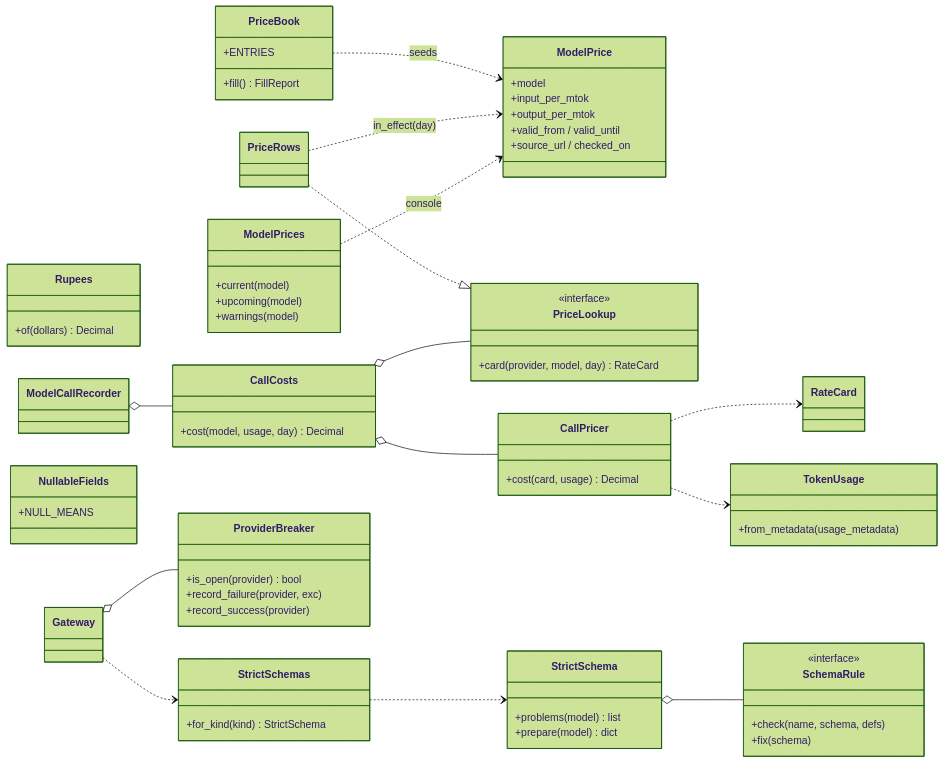
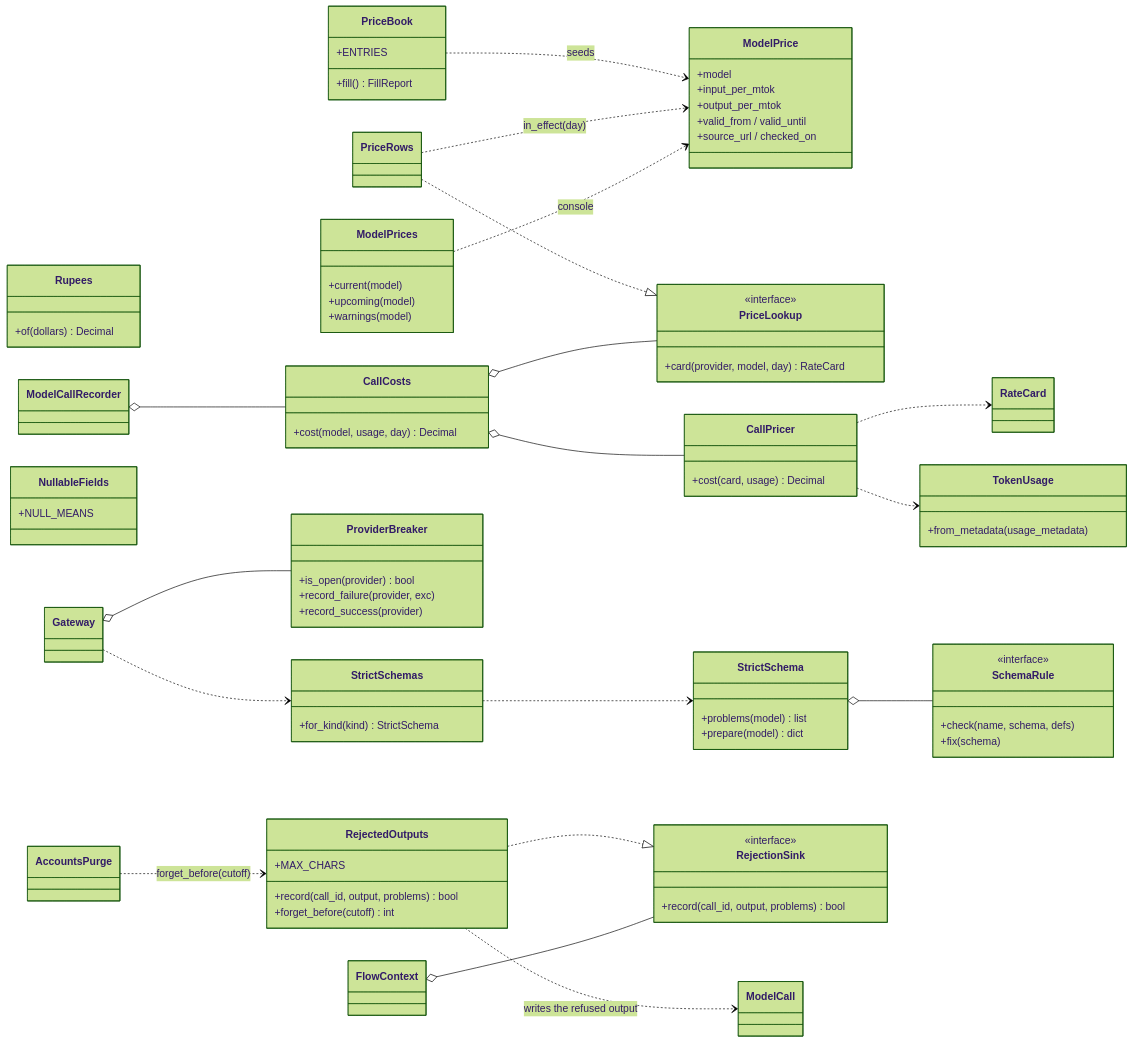
One commit to Satyamkumarjha4/Intelilearn changed the seventh of 41 diagrams in docs/architecture/design.md. Above: the diagram before and after it, drawn with Mermaid (forest theme). The commit also changed other lines of this file, not shown here.

Commit message:
docs(design): RejectedOutputs, the refusal sink and where the call id travels

````diff
--- a/docs/architecture/design.md
+++ b/docs/architecture/design.md
@@ -740,6 +740,15 @@
         +record_failure(provider, exc)
         +record_success(provider)
     }
+    class RejectedOutputs {
+        +MAX_CHARS
+        +record(call_id, output, problems) bool
+        +forget_before(cutoff) int
+    }
+    class RejectionSink {
+        <<interface>>
+        +record(call_id, output, problems) bool
+    }
     class ModelPrices {
         +current(model)
         +upcoming(model)
@@ -758,4 +767,8 @@
     Gateway o-- ProviderBreaker
     Gateway ..> StrictSchemas
     ModelPrices ..> ModelPrice : console
+    RejectedOutputs ..|> RejectionSink
+    RejectedOutputs ..> ModelCall : writes the refused output
+    FlowContext o-- RejectionSink
+    AccountsPurge ..> RejectedOutputs : forget_before(cutoff)
 ```
````
